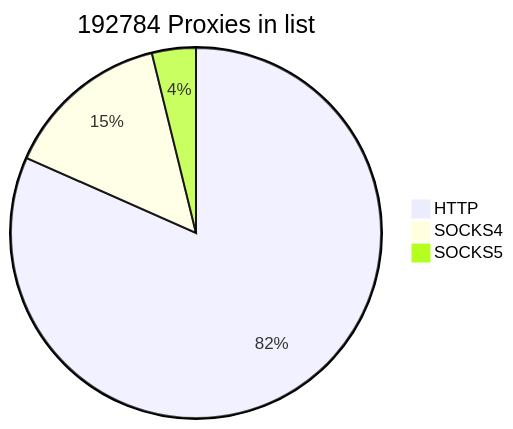
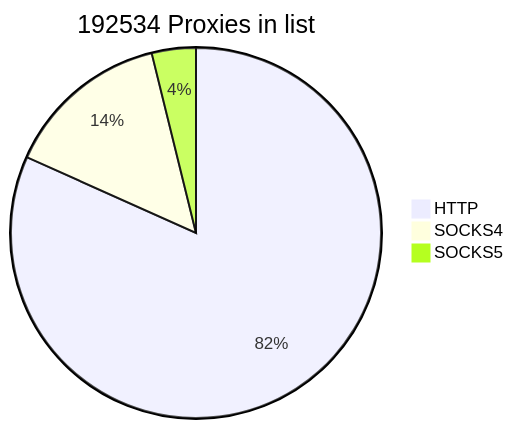
The first of 2 diagrams in README.md (cutipu/proxylist), drawn with Mermaid before and after one commit. The commit also changed other lines of this file, not shown here.

````diff
--- a/README.md
+++ b/README.md
@@ -2,7 +2,7 @@
 ```mermaid
-pie title 192784 Proxies in list
-    "HTTP" : 157373
-    "SOCKS4" : 28018
-    "SOCKS5" : 7393
+pie title 192534 Proxies in list
+    "HTTP" : 157312
+    "SOCKS4" : 27820
+    "SOCKS5" : 7402
             
 ```
````
